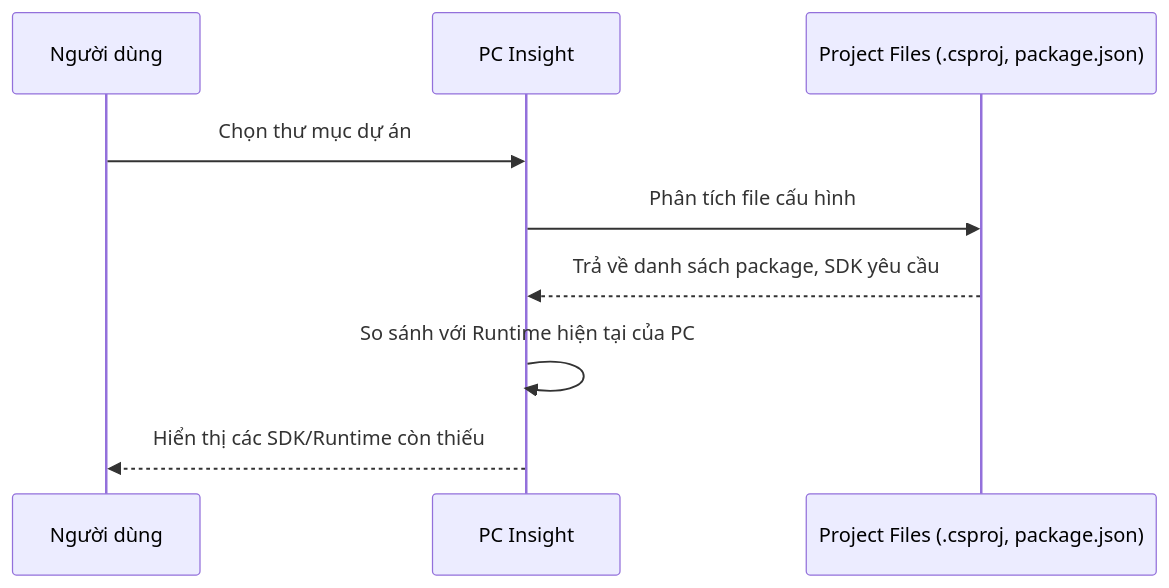
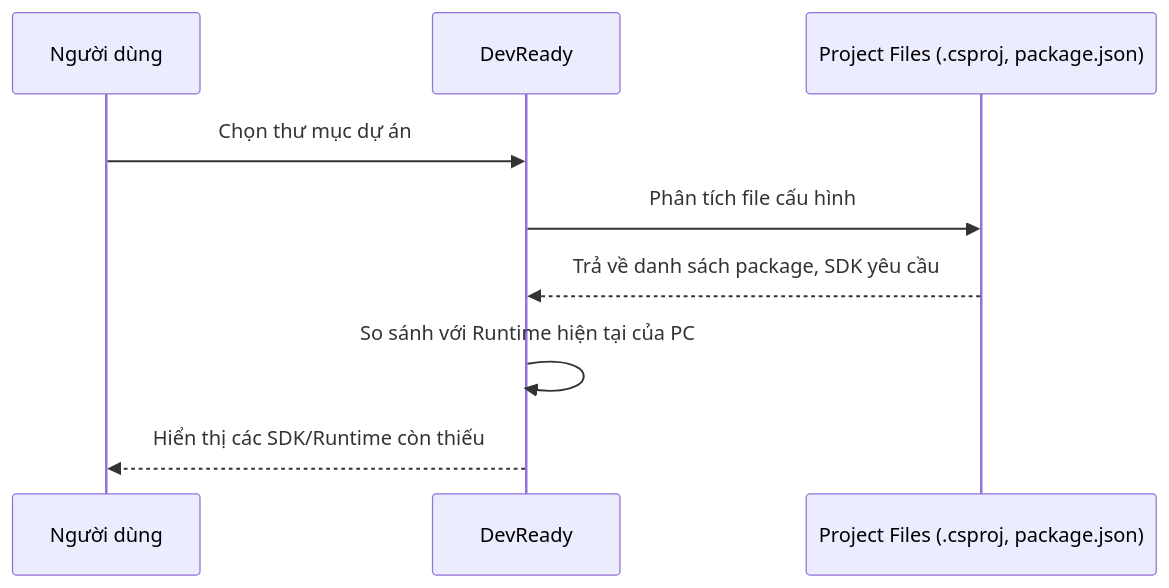
One commit to trandan200305/DevReady changed the second of 2 diagrams in docs/01_System_Flows.md. Above: the diagram before and after it, drawn with Mermaid. The commit also changed other lines of this file and 66 other files, not shown here.

````diff
--- a/docs/01_System_Flows.md
+++ b/docs/01_System_Flows.md
@@ -21,12 +21,12 @@
 ```mermaid
 sequenceDiagram
     participant User as Người dùng
-    participant App as PC Insight
+    participant App as DevReady
     participant File as Project Files (.csproj, package.json)
     
     User->>App: Chọn thư mục dự án
     App->>File: Phân tích file cấu hình
     File-->>App: Trả về danh sách package, SDK yêu cầu
     App->>App: So sánh với Runtime hiện tại của PC
     App-->>User: Hiển thị các SDK/Runtime còn thiếu
 ```
````
